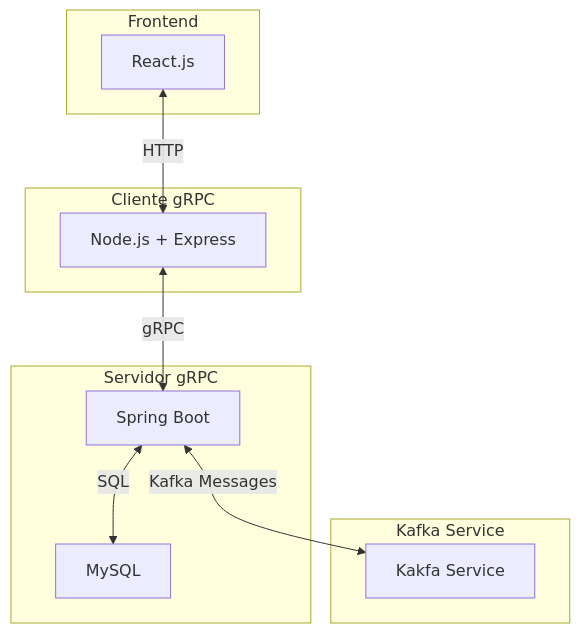
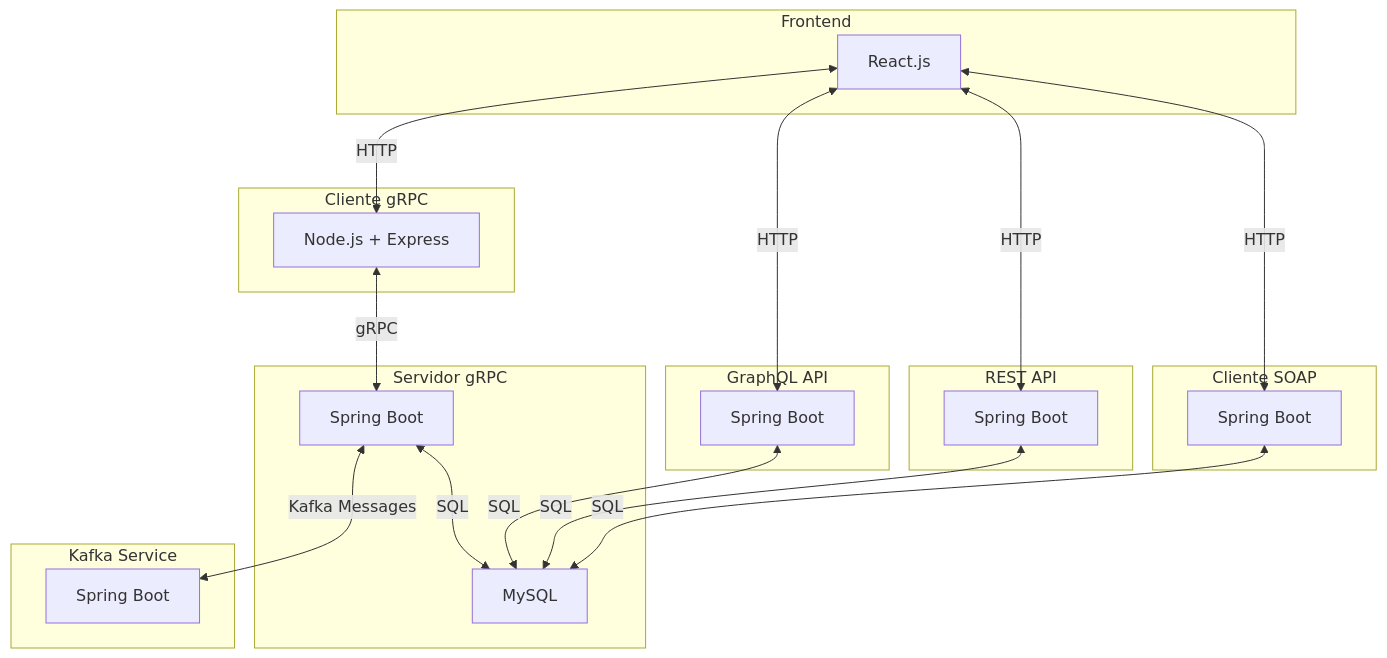
One commit to MaximilianoCalahorra/TP-Distribuidos-GrupoC-backend changed the diagram in README.md. Above: the diagram before and after it, drawn with Mermaid. The commit also changed other lines of this file, not shown here.

````diff
--- a/README.md
+++ b/README.md
@@ -16,24 +22,42 @@
 ```mermaid
 flowchart TD
     subgraph frontend [Frontend]
         UI[React.js]
     end
 
     subgraph client [Cliente gRPC]
         API[Node.js + Express]
     end
 
     subgraph server [Servidor gRPC]
         Srv[Spring Boot]
         DB[MySQL]
     end
 
     subgraph kafkaSrv [Kafka Service]
-        Kafka[Kakfa Service]
+        Kafka[Spring Boot]
+    end
+
+    subgraph graphql [GraphQL API]
+        GraphQL[Spring Boot]
+    end
+
+    subgraph rest [REST API]
+        REST[Spring Boot]
+    end
+
+    subgraph soap [Cliente SOAP]
+        SOAP[Spring Boot]
     end
 
     UI <-->|HTTP| API
     API <-->|gRPC| Srv
     Srv <-->|SQL| DB
     Srv <-->|Kafka Messages| Kafka
+    UI <--> |HTTP| GraphQL
+    UI <--> |HTTP| REST
+    UI <--> |HTTP| SOAP
+    GraphQL <-->|SQL| DB
+    REST <-->|SQL| DB
+    SOAP <-->|SQL| DB
 ```
````
